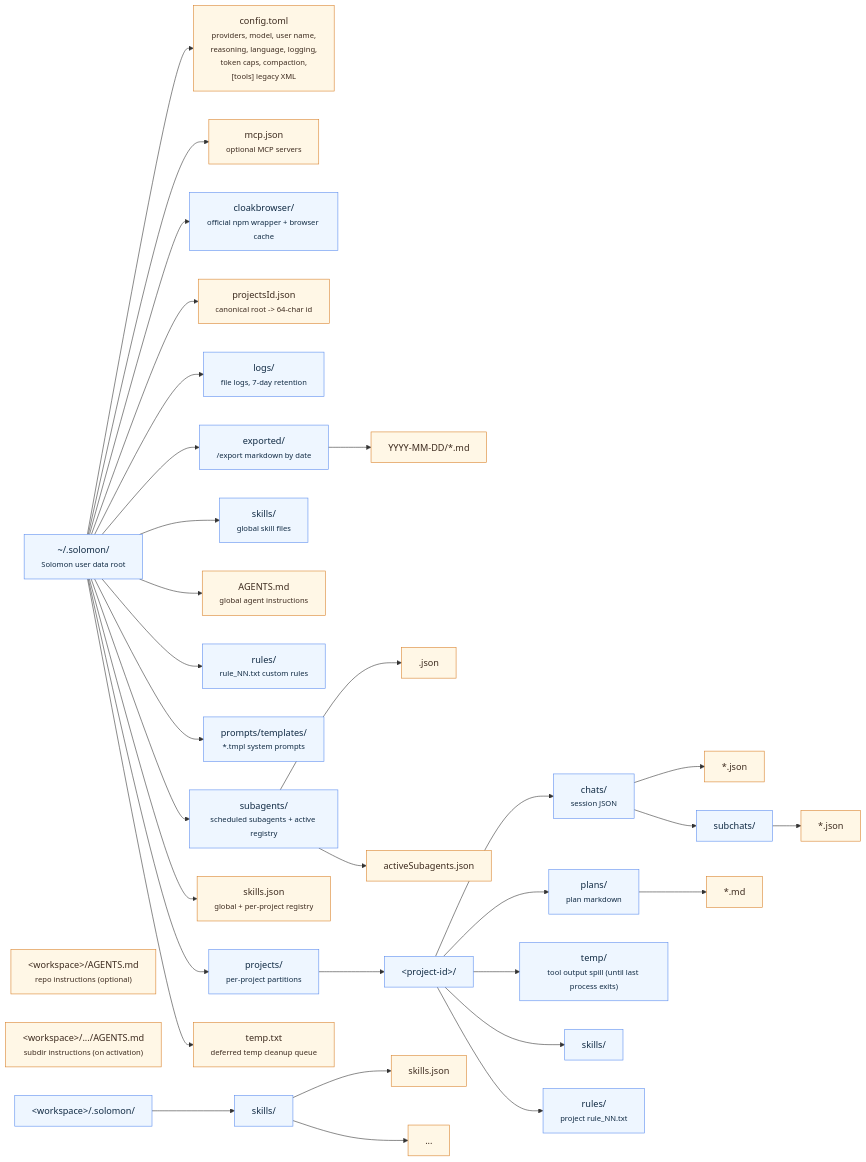
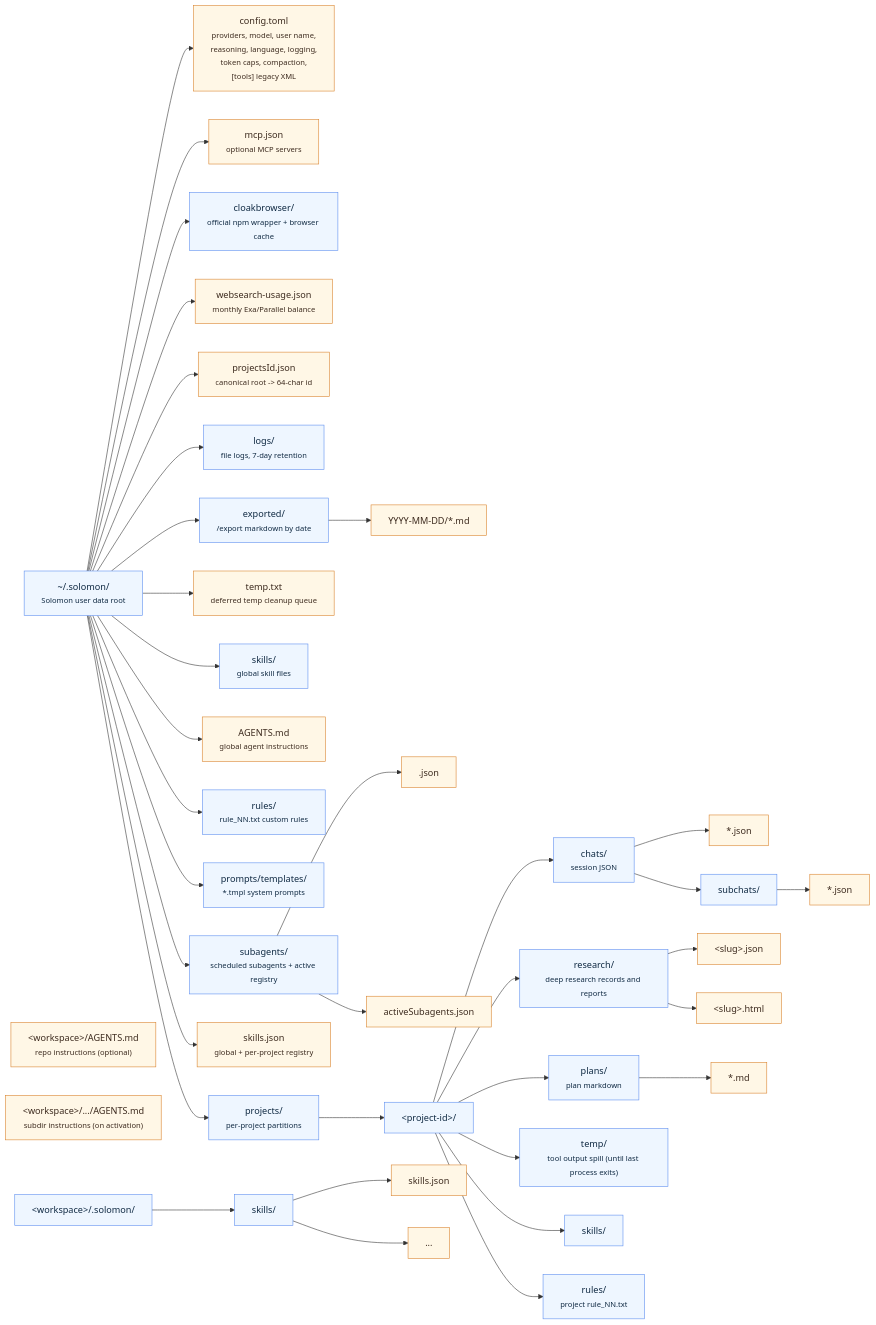
The diagram in docs/user-guide/data-layout.md (SAPPHIR3-ROS3/Solomon), drawn with Mermaid before and after one commit. The commit also changed other lines of this file and 25 other files, not shown here.

````diff
--- a/docs/user-guide/data-layout.md
+++ b/docs/user-guide/data-layout.md
@@ -9,6 +9,7 @@
   config["config.toml<br/><small>providers, model, user name,<br/>reasoning, language, logging,<br/>token caps, compaction,<br/>[tools] legacy XML</small>"]
   mcpConfig["mcp.json<br/><small>optional MCP servers</small>"]
   cloakDir["cloakbrowser/<br/><small>official npm wrapper + browser cache</small>"]
+  webUsage["websearch-usage.json<br/><small>monthly Exa/Parallel balance</small>"]
   projectMap["projectsId.json<br/><small>canonical root -> 64-char id</small>"]
   logs["logs/<br/><small>file logs, 7-day retention</small>"]
   exported["exported/<br/><small>/export markdown by date</small>"]
@@ -26,6 +27,9 @@
   projectNode["&lt;project-id&gt;/"]
   chats["chats/<br/><small>session JSON</small>"]
   chatFile["*.json"]
+  research["research/<br/><small>deep research records and reports</small>"]
+  researchJob["&lt;slug&gt;.json"]
+  researchReport["&lt;slug&gt;.html"]
   subchats["subchats/"]
   subchatFile["*.json"]
   plans["plans/<br/><small>plan markdown</small>"]
@@ -46,6 +50,7 @@
   home --> config
   home --> mcpConfig
   home --> cloakDir
+  home --> webUsage
   home --> projectMap
   home --> logs
   home --> exported
@@ -65,6 +70,9 @@
   chats --> chatFile
   chats --> subchats
   subchats --> subchatFile
+  projectNode --> research
+  research --> researchJob
+  research --> researchReport
   projectNode --> plans
   plans --> planFile
   projectNode --> temp
@@ -77,6 +85,6 @@
 
   classDef folder fill:#eef6ff,stroke:#5b8def,color:#102a43
   classDef file fill:#fff7e6,stroke:#d9822b,color:#3d2b1f
-  class home,logs,exported,cloakDir,globalSkillsDir,globalRules,promptTemplates,subagents,projects,projectNode,chats,subchats,plans,temp,projectSkills,projectRules,workspaceRoot,workspaceSkills folder
-  class config,mcpConfig,projectMap,skillsRegistry,tempQueue,chatFile,subchatFile,scheduledSubagent,activeSubagents,planFile,exportFile,localMirror,localFiles,globalAgents,repoAgents,repoSubAgents file
+  class home,logs,exported,cloakDir,globalSkillsDir,globalRules,promptTemplates,subagents,projects,projectNode,chats,research,subchats,plans,temp,projectSkills,projectRules,workspaceRoot,workspaceSkills folder
+  class config,mcpConfig,webUsage,projectMap,skillsRegistry,tempQueue,chatFile,researchJob,researchReport,subchatFile,scheduledSubagent,activeSubagents,planFile,exportFile,localMirror,localFiles,globalAgents,repoAgents,repoSubAgents file
 ```
````
